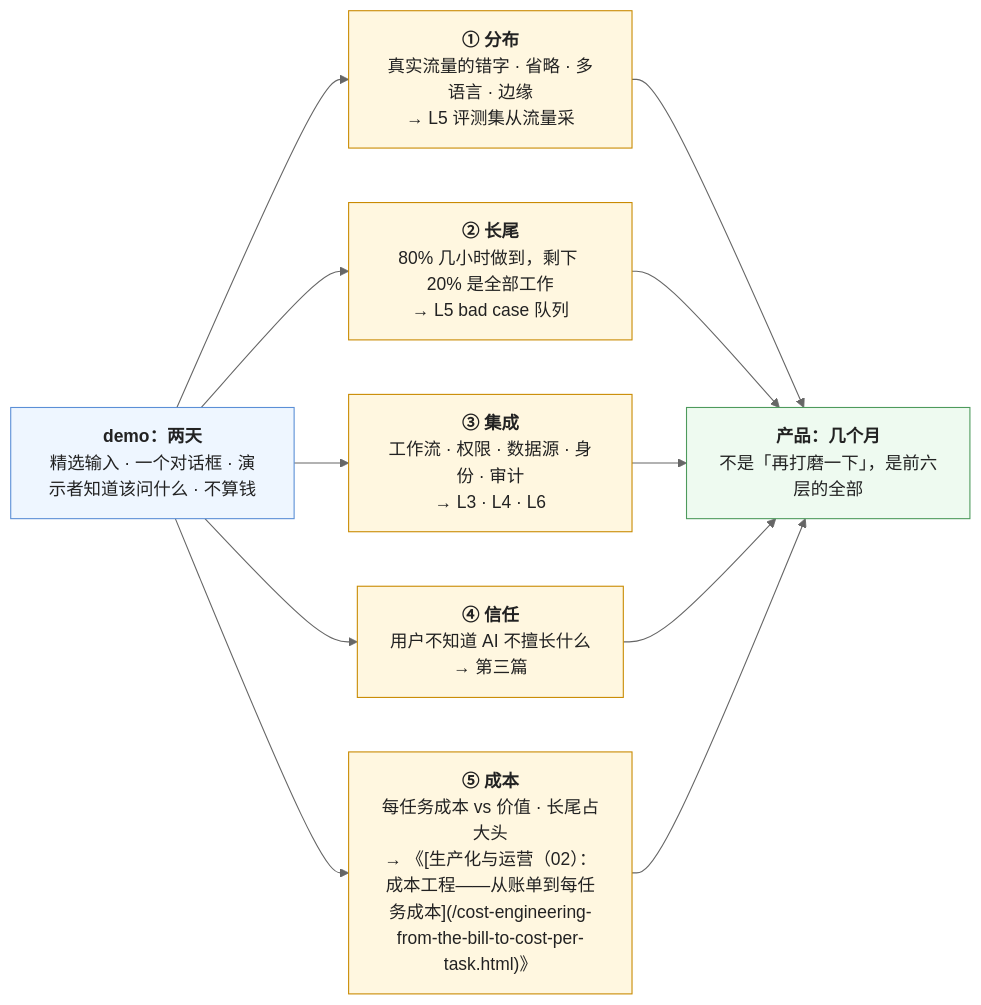
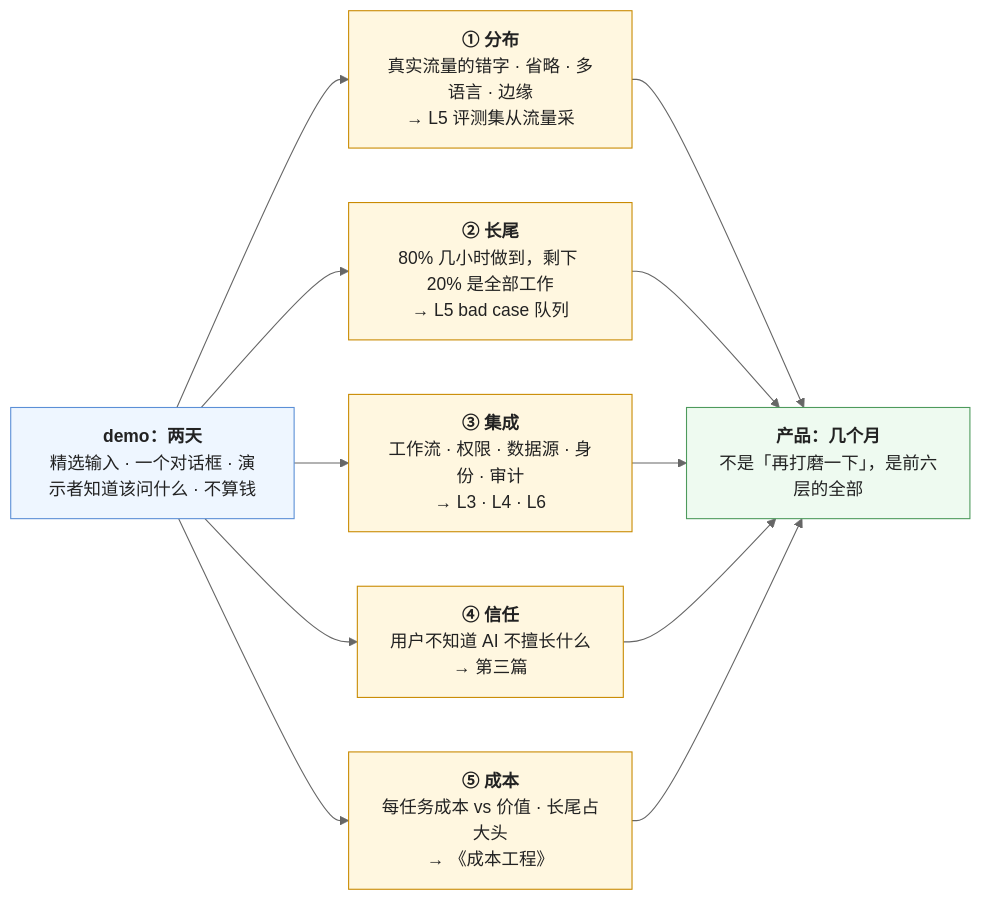
Before and after one commit to arganzheng/arganzheng.github.com: the fifth of 5 diagrams in _posts/2026-11-16-choosing-ai-scenarios-the-jagged-frontier-and-the-demo-to-product-gap.md, drawn with Mermaid (neutral theme). The commit also changed 55 other files, not shown here.

First line of the commit message:
坐标 261 处改成文章标题，修 Mermaid 标签里显示源码的 bug

````diff
--- a/_posts/2026-11-16-choosing-ai-scenarios-the-jagged-frontier-and-the-demo-to-product-gap.md
+++ b/_posts/2026-11-16-choosing-ai-scenarios-the-jagged-frontier-and-the-demo-to-product-gap.md
@@ -184,16 +184,16 @@
 ```mermaid
 %% 图：demo 到产品的五道鸿沟各对应前面哪一层——分布（精选输入 → 真实长尾：L5 评测集从流量采）、长尾（80% 几小时 → 剩下 20% 是全部工作：bad case 队列）、集成（对话框 → 工作流、权限、数据源、审计：L3 / L4 / L6）、信任（演示者知道问什么 → 用户会问边界外：第三篇）、成本（不算钱 → 每任务成本 vs 价值：L6）
 flowchart LR
     D["<b>demo：两天</b><br/>精选输入 · 一个对话框 · 演示者知道该问什么 · 不算钱"] --> G1["<b>① 分布</b><br/>真实流量的错字 · 省略 · 多语言 · 边缘<br/>→ L5 评测集从流量采"]
     D --> G2["<b>② 长尾</b><br/>80% 几小时做到，剩下 20% 是全部工作<br/>→ L5 bad case 队列"]
     D --> G3["<b>③ 集成</b><br/>工作流 · 权限 · 数据源 · 身份 · 审计<br/>→ L3 · L4 · L6"]
     D --> G4["<b>④ 信任</b><br/>用户不知道 AI 不擅长什么<br/>→ 第三篇"]
-    D --> G5["<b>⑤ 成本</b><br/>每任务成本 vs 价值 · 长尾占大头<br/>→ 《[生产化与运营（02）：成本工程——从账单到每任务成本](/cost-engineering-from-the-bill-to-cost-per-task.html)》"]
+    D --> G5["<b>⑤ 成本</b><br/>每任务成本 vs 价值 · 长尾占大头<br/>→ 《成本工程》"]
     G1 & G2 & G3 & G4 & G5 --> P["<b>产品：几个月</b><br/>不是「再打磨一下」，是前六层的全部"]
     classDef d fill:#eef6ff,stroke:#5b8fd6,color:#222
     classDef g fill:#fff7e0,stroke:#c98a00,color:#222
     classDef p fill:#eefaf0,stroke:#4d9a5c,color:#222
     class D d
     class G1,G2,G3,G4,G5 g
     class P p
 ```
````
